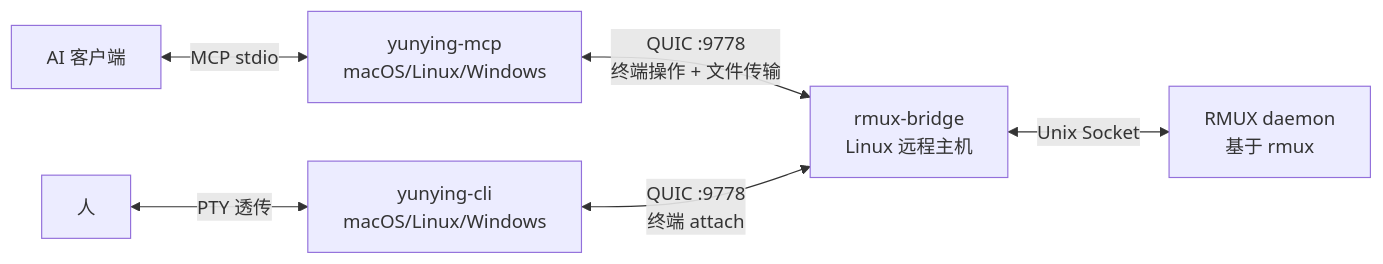
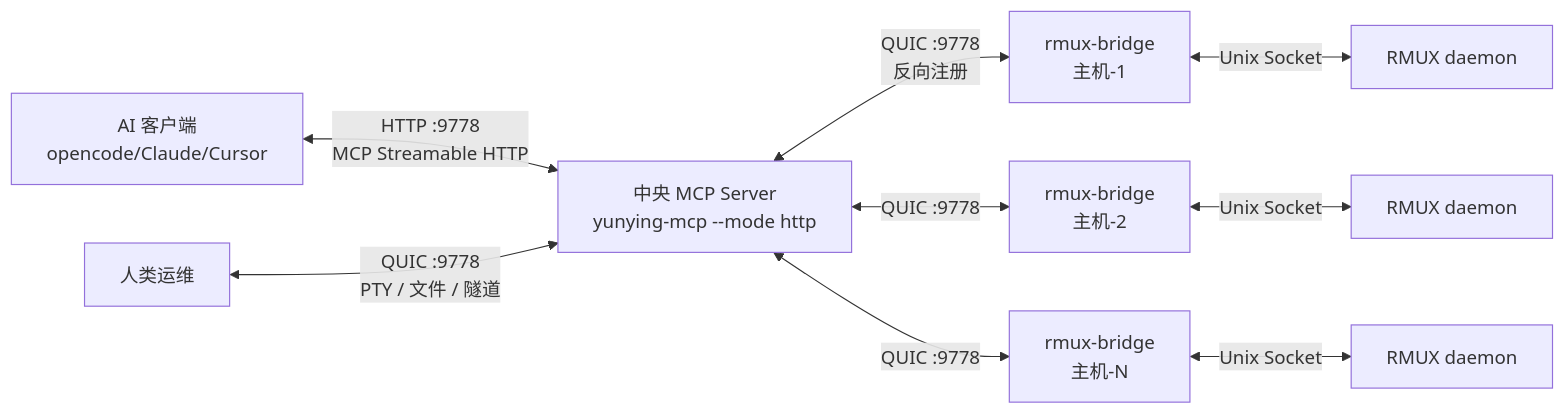
Before and after one commit to tddh/clum: the diagram in README.zh.md, drawn with Mermaid. The commit also changed other lines of this file and 6 other files, not shown here.

First line of the commit message:
docs: v0.9.0 — update all docs for Hub architecture

````diff
--- a/README.zh.md
+++ b/README.zh.md
@@ -62,8 +62,11 @@
 ```mermaid
 graph LR
-    A[AI 客户端] <-->|MCP stdio| B[yunying-mcp<br/>macOS/Linux/Windows]
-    H[人] <-->|PTY 透传| E[yunying-cli<br/>macOS/Linux/Windows]
-    B <-->|QUIC :9778<br/>终端操作 + 文件传输| C[rmux-bridge<br/>Linux 远程主机]
-    E <-->|QUIC :9778<br/>终端 attach| C
-    C <-->|Unix Socket| D[RMUX daemon<br/>基于 rmux]
+    A[AI 客户端<br/>opencode/Claude/Cursor] <-->|HTTP :9778<br/>MCP Streamable HTTP| S[中央 MCP Server<br/>yunying-mcp --mode http]
+    H[人类运维] <-->|QUIC :9778<br/>PTY / 文件 / 隧道| S
+    S <-->|QUIC :9778<br/>反向注册| C1[rmux-bridge<br/>主机-1]
+    S <-->|QUIC :9778| C2[rmux-bridge<br/>主机-2]
+    S <-->|QUIC :9778| C3[rmux-bridge<br/>主机-N]
+    C1 <-->|Unix Socket| D1[RMUX daemon]
+    C2 <-->|Unix Socket| D2[RMUX daemon]
+    C3 <-->|Unix Socket| D3[RMUX daemon]
 ```
````
